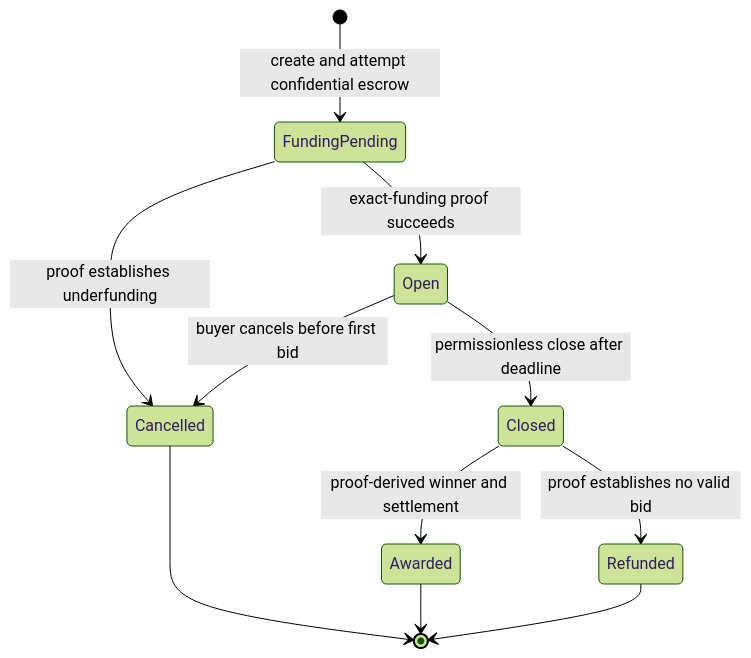
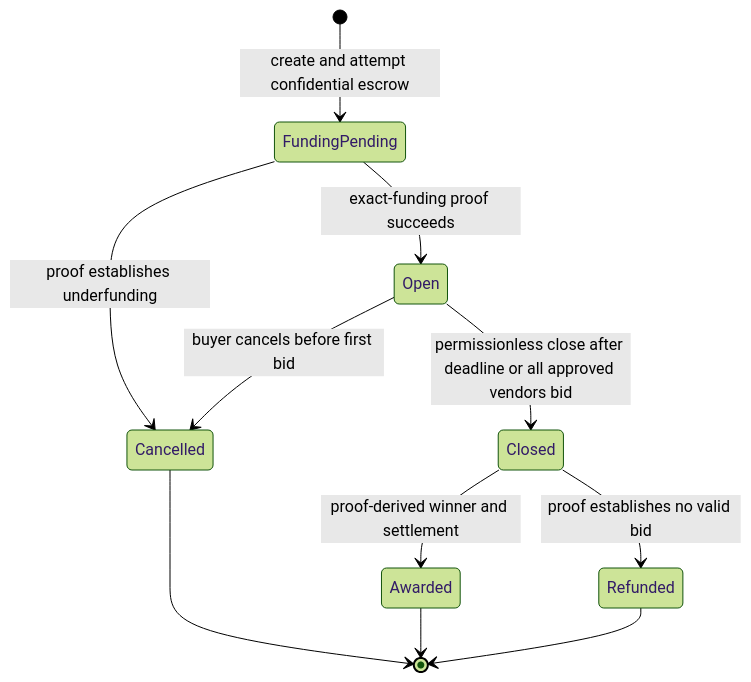
The first of 2 diagrams in README.md (huutrungle2001/Veilbid), drawn with Mermaid (forest theme) before and after one commit. The commit also changed other lines of this file and 8 other files, not shown here.

````diff
--- a/README.md
+++ b/README.md
@@ -118,13 +118,13 @@
 ```mermaid
 stateDiagram-v2
     [*] --> FundingPending: create and attempt confidential escrow
     FundingPending --> Open: exact-funding proof succeeds
     FundingPending --> Cancelled: proof establishes underfunding
     Open --> Cancelled: buyer cancels before first bid
-    Open --> Closed: permissionless close after deadline
+    Open --> Closed: permissionless close after deadline or all approved vendors bid
     Closed --> Awarded: proof-derived winner and settlement
     Closed --> Refunded: proof establishes no valid bid
     Cancelled --> [*]
     Awarded --> [*]
     Refunded --> [*]
 ```
````
